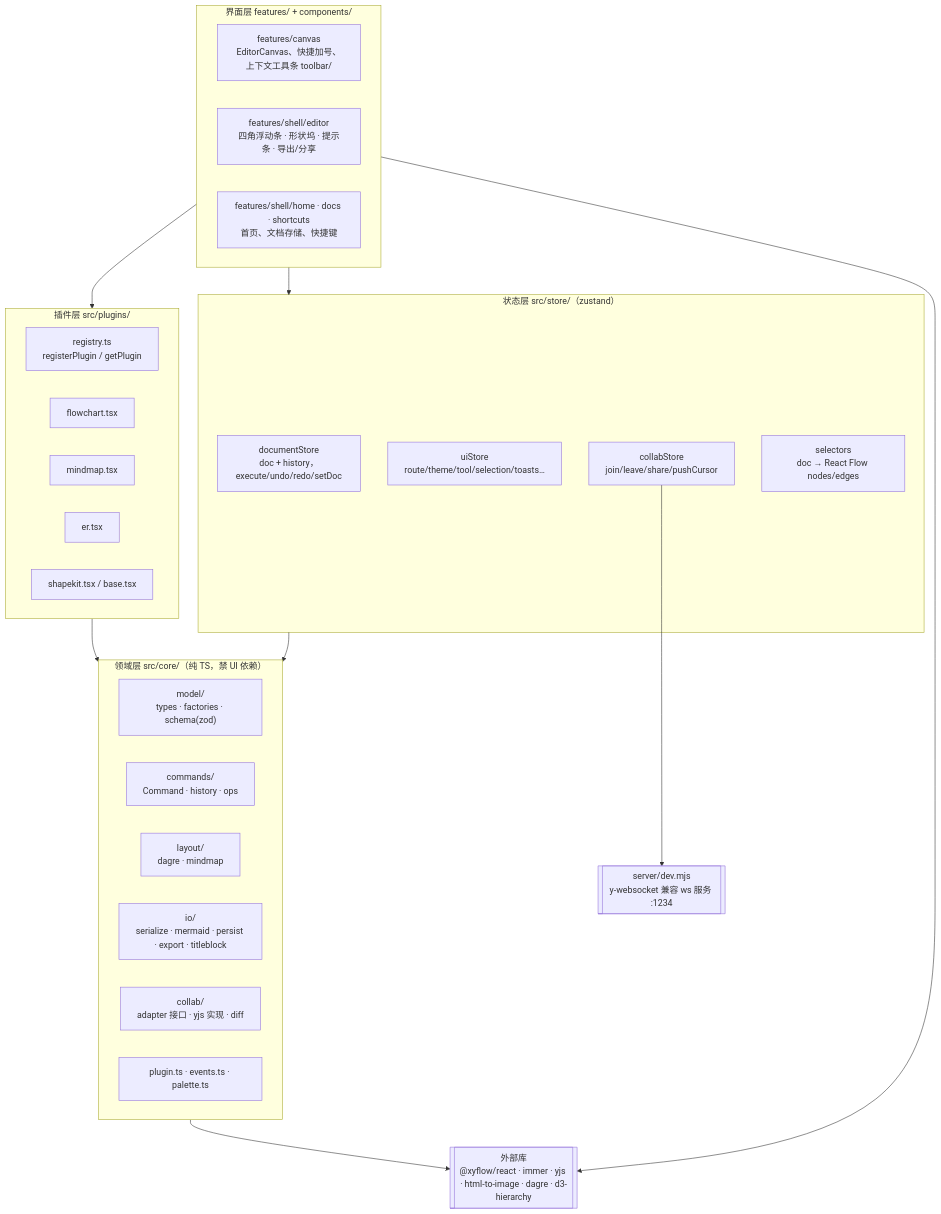
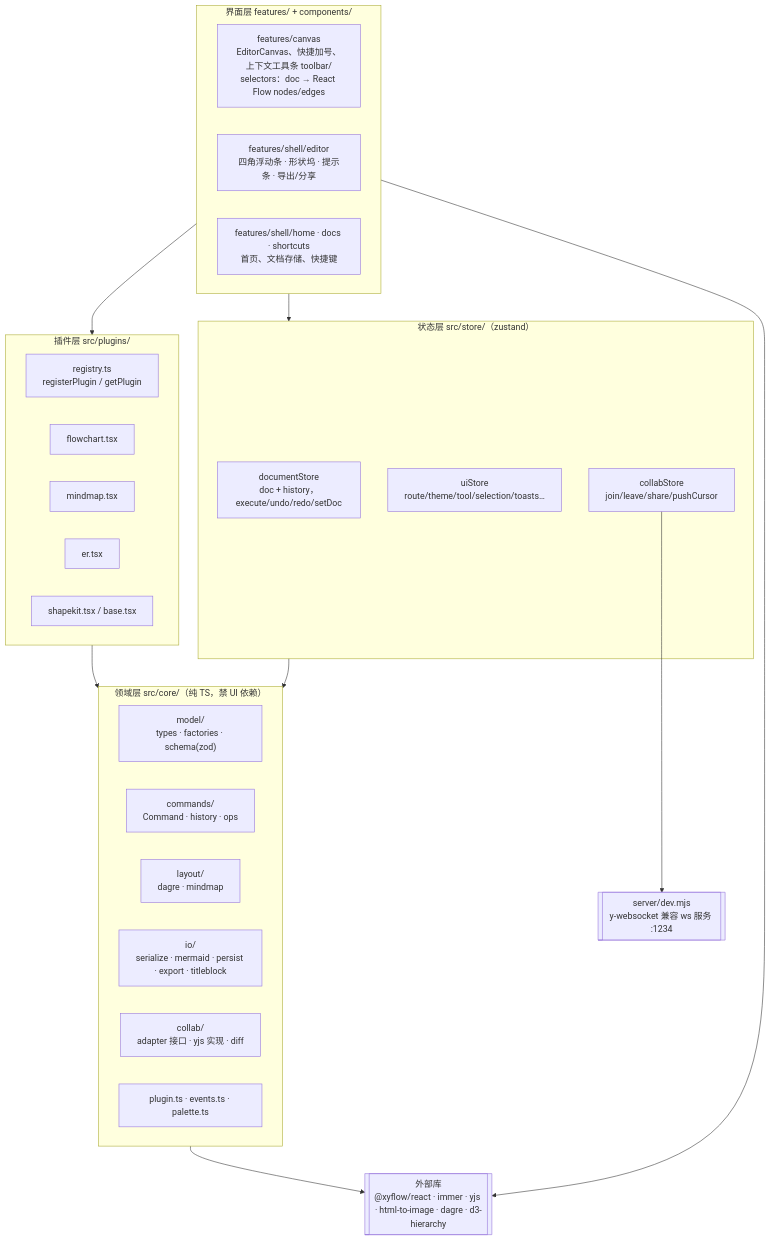
One commit to Aqua196/diagramstudio changed the first of 6 diagrams in docs/ARCHITECTURE.md. Above: the diagram before and after it, drawn with Mermaid. The commit also changed other lines of this file and 46 other files, not shown here.

First line of the commit message:
refactor: 修复概要设计检查发现的耦合与冗余，思维导图导出不再带出折叠钮

````diff
--- a/docs/ARCHITECTURE.md
+++ b/docs/ARCHITECTURE.md
@@ -27,43 +27,42 @@
 ```mermaid
 flowchart TB
     subgraph UI["界面层 features/ + components/"]
-        canvas["features/canvas<br/>EditorCanvas、快捷加号、上下文工具条 toolbar/"]
+        canvas["features/canvas<br/>EditorCanvas、快捷加号、上下文工具条 toolbar/<br/>selectors：doc → React Flow nodes/edges"]
         shell["features/shell/editor<br/>四角浮动条 · 形状坞 · 提示条 · 导出/分享"]
         home["features/shell/home · docs · shortcuts<br/>首页、文档存储、快捷键"]
     end
 
     subgraph PLUG["插件层 src/plugins/"]
         reg["registry.ts<br/>registerPlugin / getPlugin"]
         fc["flowchart.tsx"]
         mm["mindmap.tsx"]
         er["er.tsx"]
         sk["shapekit.tsx / base.tsx"]
     end
 
     subgraph STORE["状态层 src/store/（zustand）"]
         docS["documentStore<br/>doc + history，execute/undo/redo/setDoc"]
         uiS["uiStore<br/>route/theme/tool/selection/toasts…"]
         clbS["collabStore<br/>join/leave/share/pushCursor"]
-        sel["selectors<br/>doc → React Flow nodes/edges"]
     end
 
     subgraph CORE["领域层 src/core/（纯 TS，禁 UI 依赖）"]
         model["model/<br/>types · factories · schema(zod)"]
         cmd["commands/<br/>Command · history · ops"]
         lay["layout/<br/>dagre · mindmap"]
         io["io/<br/>serialize · mermaid · persist · export · titleblock"]
         col["collab/<br/>adapter 接口 · yjs 实现 · diff"]
         misc["plugin.ts · events.ts · palette.ts"]
     end
 
     EXT[["外部库<br/>@xyflow/react · immer · yjs · html-to-image · dagre · d3-hierarchy"]]
     SERVER[["server/dev.mjs<br/>y-websocket 兼容 ws 服务 :1234"]]
 
     UI --> STORE
     UI --> PLUG
     PLUG --> CORE
     STORE --> CORE
     CORE --> EXT
     UI --> EXT
     clbS --> SERVER
 ```
````
